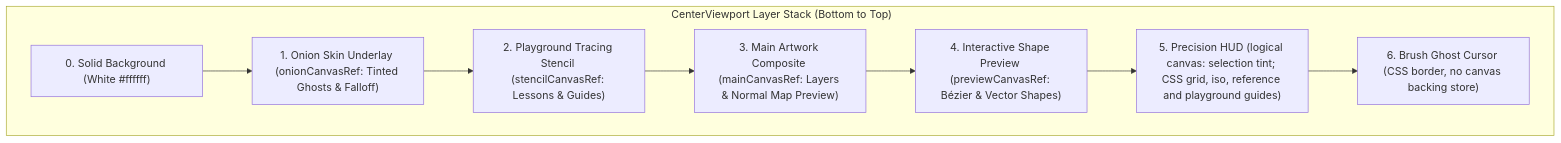
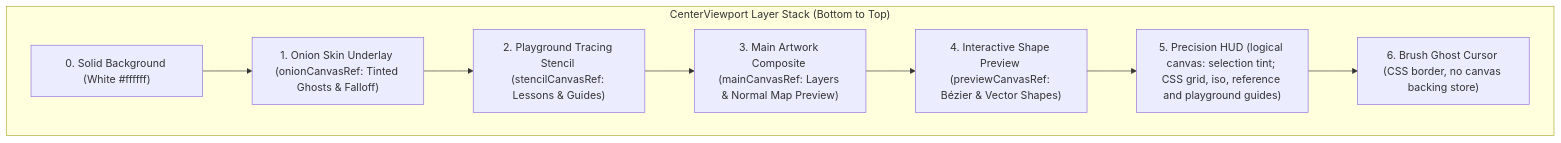
One commit to lxcario/PixiBun changed the second of 7 diagrams in ARCHITECTURE.md. Above: the diagram before and after it, drawn with Mermaid. The commit also changed other lines of this file and 44 other files, not shown here.

````diff
--- a/ARCHITECTURE.md
+++ b/ARCHITECTURE.md
@@ -61,19 +100,19 @@
 ```mermaid
 graph TD
-    subgraph Viewport_Stack ["️ CenterViewport Layer Stack (Bottom to Top)"]
+    subgraph Viewport_Stack ["CenterViewport Layer Stack (Bottom to Top)"]
         L0["0. Solid Background (White #ffffff)"]
         L1["1. Onion Skin Underlay (onionCanvasRef: Tinted Ghosts & Falloff)"]
         L2["2. Playground Tracing Stencil (stencilCanvasRef: Lessons & Guides)"]
         L3["3. Main Artwork Composite (mainCanvasRef: Layers & Normal Map Preview)"]
         L4["4. Interactive Shape Preview (previewCanvasRef: Bézier & Vector Shapes)"]
         L5["5. Precision HUD (logical canvas: selection tint; CSS grid, iso, reference and playground guides)"]
         L6["6. Brush Ghost Cursor (CSS border, no canvas backing store)"]
     end
     
     L0 --> L1
     L1 --> L2
     L2 --> L3
     L3 --> L4
     L4 --> L5
     L5 --> L6
 ```
````
